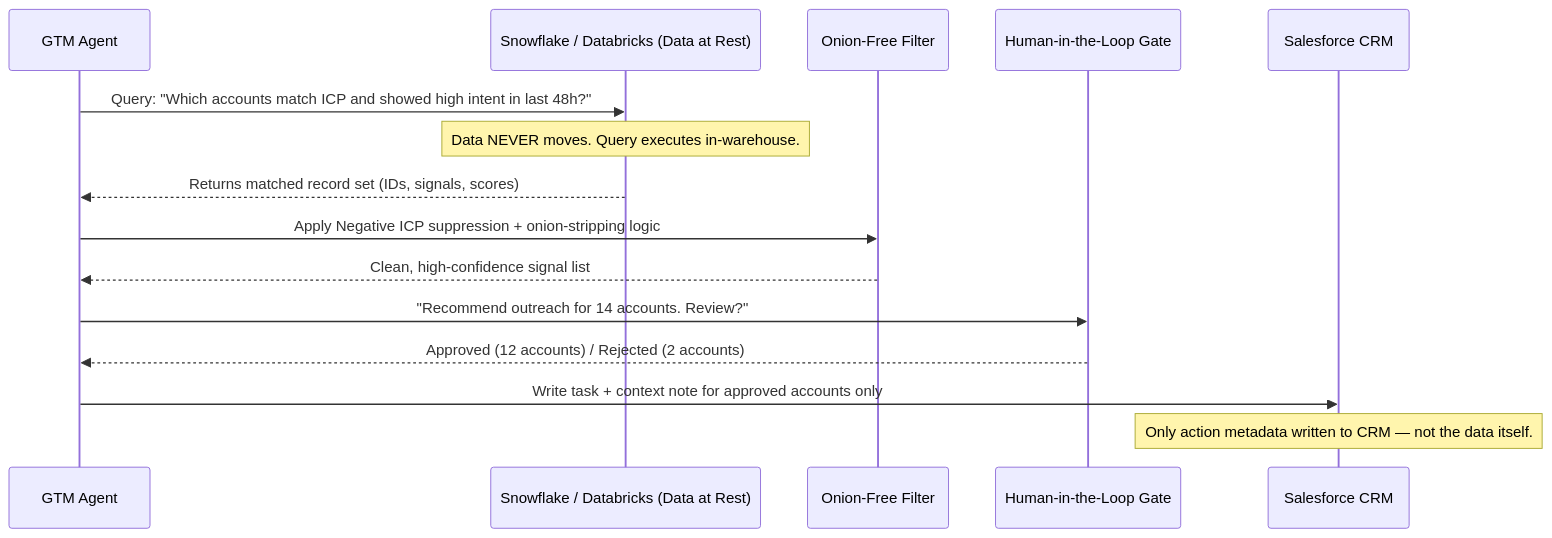
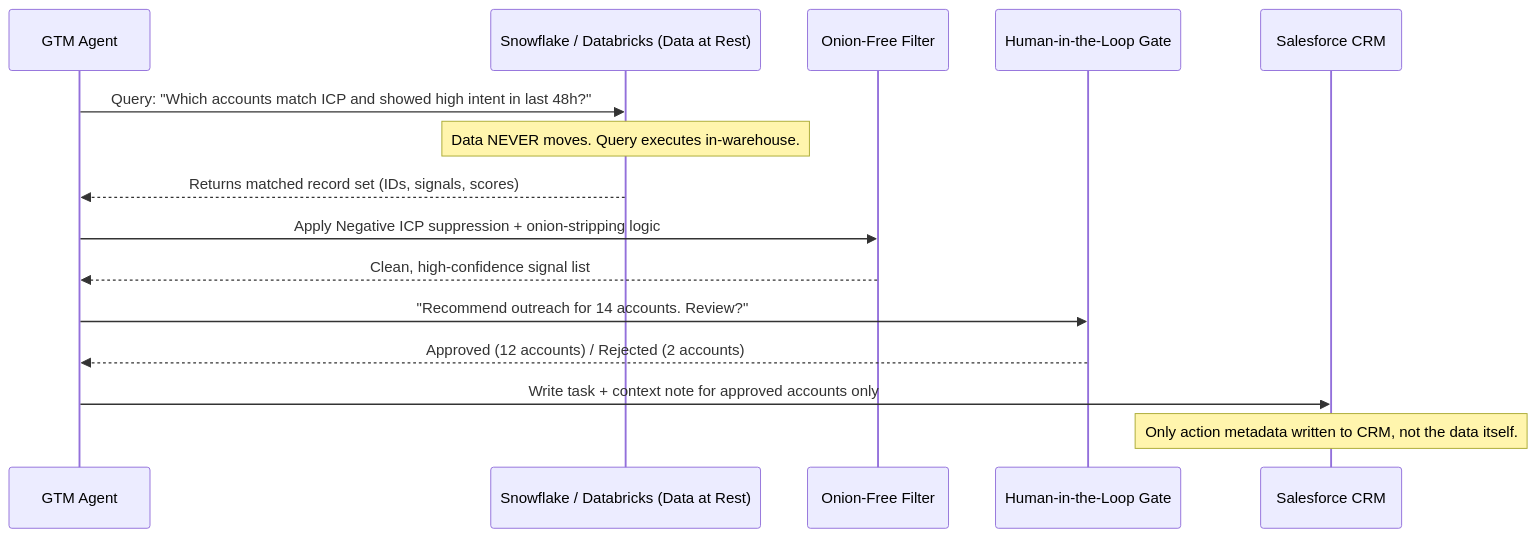
One commit to kubersharmax/agentic-gtm-os changed the diagram in frameworks/zero-copy-playbook.md. Above: the diagram before and after it, drawn with Mermaid. The commit also changed other lines of this file, not shown here.

````diff
--- a/frameworks/zero-copy-playbook.md
+++ b/frameworks/zero-copy-playbook.md
@@ -58,18 +58,18 @@
 ```mermaid
 sequenceDiagram
     participant Agent as GTM Agent
     participant Snow as Snowflake / Databricks (Data at Rest)
     participant Filter as Onion-Free Filter
     participant HITL as Human-in-the-Loop Gate
     participant CRM as Salesforce CRM
 
     Agent->>Snow: Query: "Which accounts match ICP and showed high intent in last 48h?"
     Note over Snow: Data NEVER moves. Query executes in-warehouse.
     Snow-->>Agent: Returns matched record set (IDs, signals, scores)
     Agent->>Filter: Apply Negative ICP suppression + onion-stripping logic
     Filter-->>Agent: Clean, high-confidence signal list
     Agent->>HITL: "Recommend outreach for 14 accounts. Review?"
     HITL-->>Agent: Approved (12 accounts) / Rejected (2 accounts)
     Agent->>CRM: Write task + context note for approved accounts only
-    Note over CRM: Only action metadata written to CRM — not the data itself.
+    Note over CRM: Only action metadata written to CRM, not the data itself.
 ```
````
